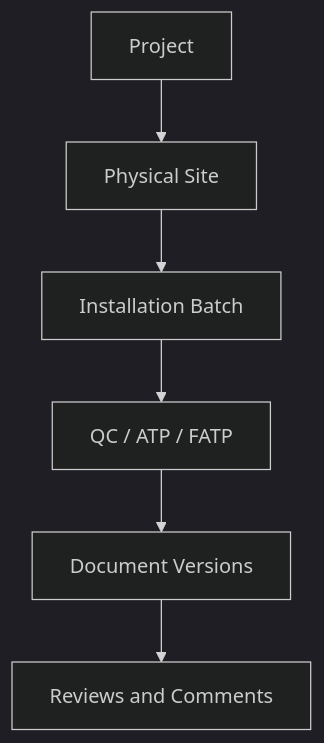
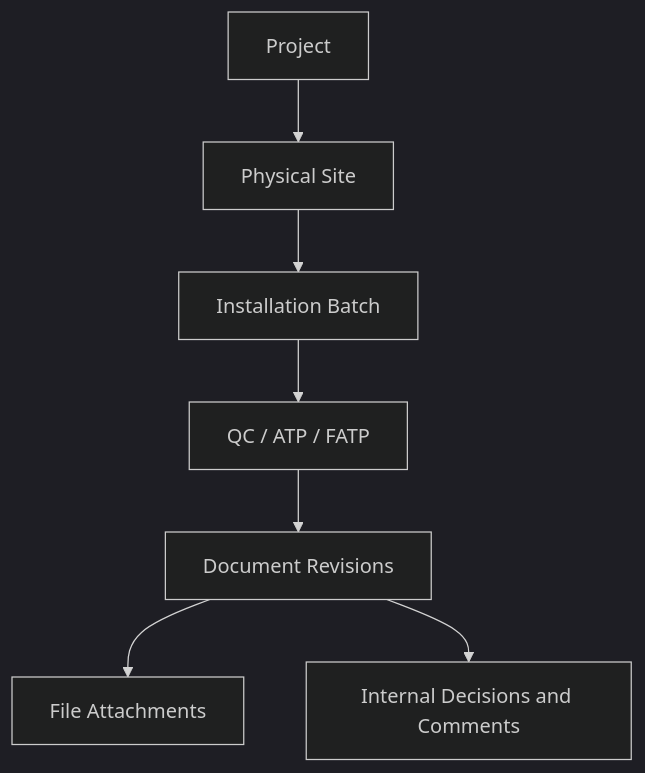
The second of 4 diagrams in ARCHITECTURE.md (Edwinmohamad/triplee-dwdm-dms), drawn with Mermaid (dark theme) before and after one commit. The commit also changed other lines of this file and 14 other files, not shown here.

````diff
--- a/ARCHITECTURE.md
+++ b/ARCHITECTURE.md
@@ -19,8 +19,9 @@
 ```mermaid
 flowchart TD
     P[Project] --> S[Physical Site]
     S --> B[Installation Batch]
     B --> D[QC / ATP / FATP]
-    D --> V[Document Versions]
-    V --> R[Reviews and Comments]
+    D --> V[Document Revisions]
+    V --> A[File Attachments]
+    V --> R[Internal Decisions and Comments]
 ```
````
